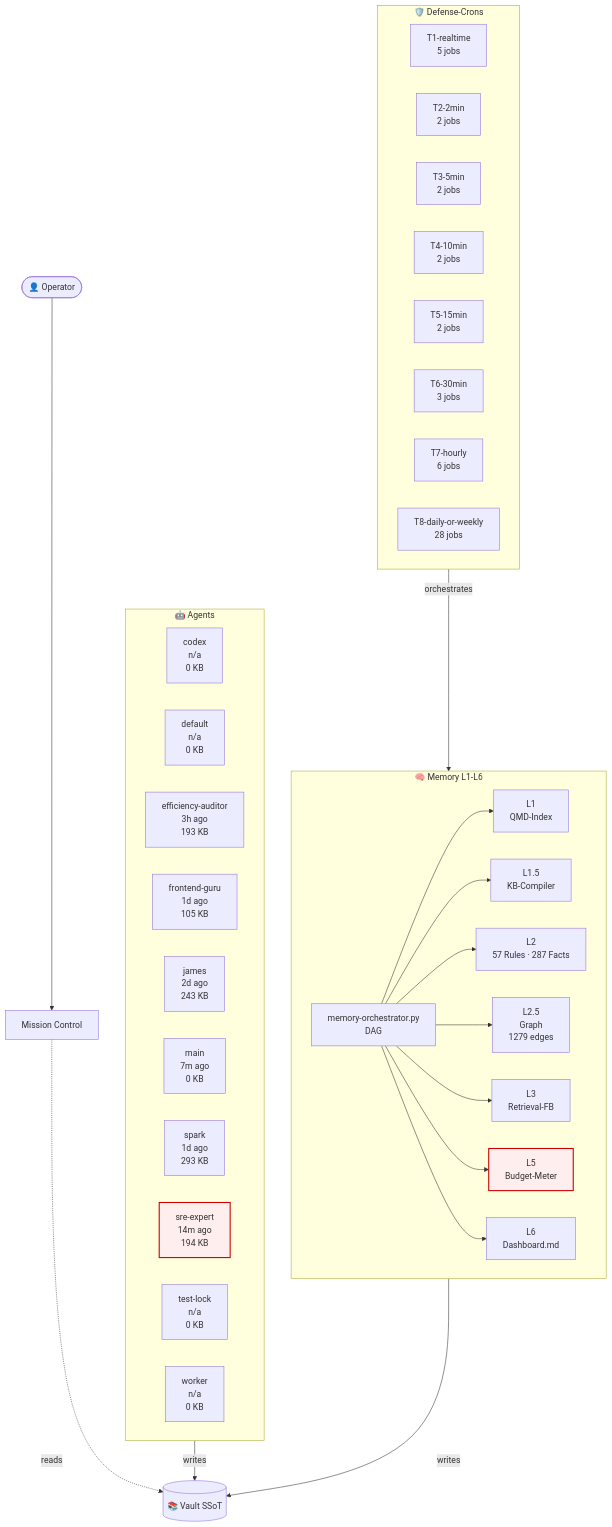
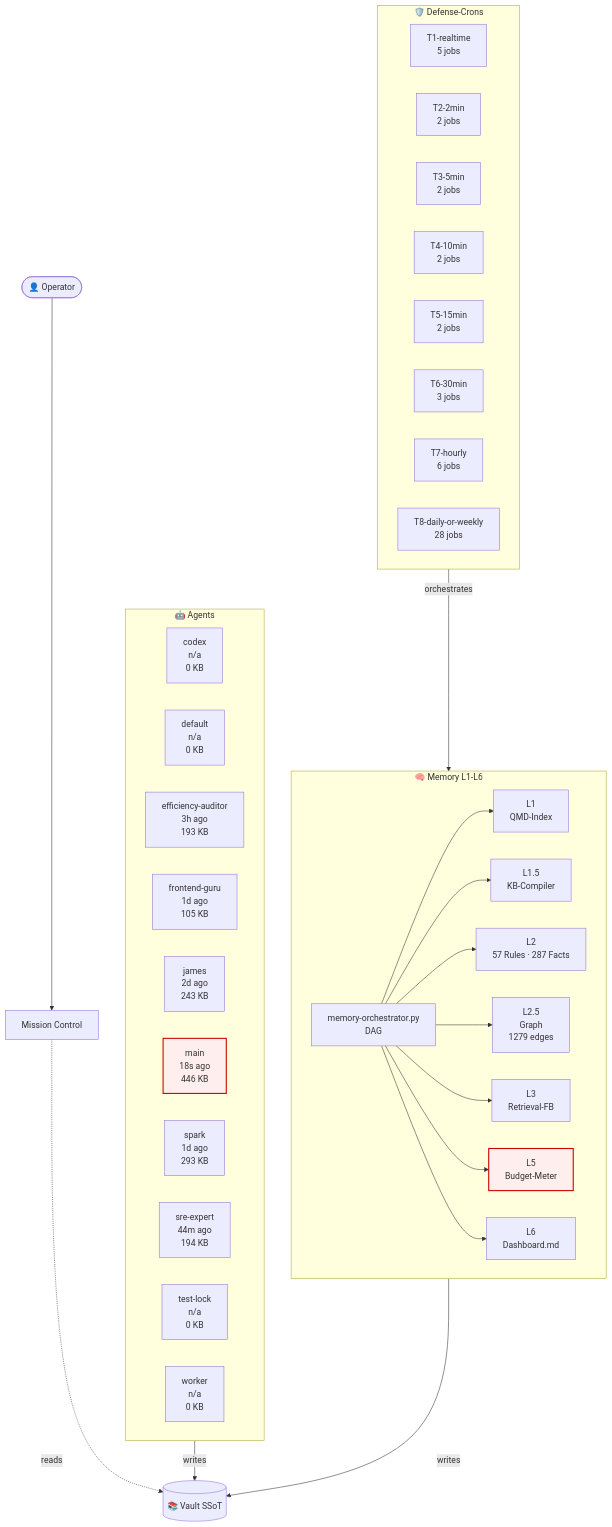
Before and after one commit to lenardhuebner88-rgb/openclaw-memory: the diagram in 03-Agents/architecture-live.md, drawn with Mermaid. The commit also changed other lines of this file and 5 other files, not shown here.

````diff
--- a/03-Agents/architecture-live.md
+++ b/03-Agents/architecture-live.md
@@ -18,53 +18,53 @@
 ```mermaid
 flowchart TB
     classDef critical fill:#fee,stroke:#c00,stroke-width:2px;
     subgraph AGT["🤖 Agents"]
         agent_codex["codex<br/>n/a<br/>0 KB"]
         agent_default["default<br/>n/a<br/>0 KB"]
         agent_efficiency_auditor["efficiency-auditor<br/>3h ago<br/>193 KB"]
         agent_frontend_guru["frontend-guru<br/>1d ago<br/>105 KB"]
         agent_james["james<br/>2d ago<br/>243 KB"]
-        agent_main["main<br/>7m ago<br/>0 KB"]
+        agent_main["main<br/>18s ago<br/>446 KB"]
         agent_spark["spark<br/>1d ago<br/>293 KB"]
-        agent_sre_expert["sre-expert<br/>14m ago<br/>194 KB"]
+        agent_sre_expert["sre-expert<br/>44m ago<br/>194 KB"]
         agent_test_lock["test-lock<br/>n/a<br/>0 KB"]
         agent_worker["worker<br/>n/a<br/>0 KB"]
     end
     subgraph MEM["🧠 Memory L1-L6"]
         L1["L1<br/>QMD-Index"]
         L15["L1.5<br/>KB-Compiler"]
         L2["L2<br/>57 Rules · 287 Facts"]
         L25["L2.5<br/>Graph<br/>1279 edges"]
         L3["L3<br/>Retrieval-FB"]
         L5["L5<br/>Budget-Meter"]
         L6["L6<br/>Dashboard.md"]
         ORCH["memory-orchestrator.py<br/>DAG"]
     end
     subgraph CRN["🛡️ Defense-Crons"]
         tier_T1_realtime["T1-realtime<br/>5 jobs"]
         tier_T2_2min["T2-2min<br/>2 jobs"]
         tier_T3_5min["T3-5min<br/>2 jobs"]
         tier_T4_10min["T4-10min<br/>2 jobs"]
         tier_T5_15min["T5-15min<br/>2 jobs"]
         tier_T6_30min["T6-30min<br/>3 jobs"]
         tier_T7_hourly["T7-hourly<br/>6 jobs"]
         tier_T8_daily_or_weekly["T8-daily-or-weekly<br/>28 jobs"]
     end
     VAULT[("📚 Vault SSoT")]
     OP([👤 Operator])
     MC["Mission Control"]
     OP --> MC
     MC -.reads.-> VAULT
     AGT -->|writes| VAULT
     MEM -->|writes| VAULT
     ORCH --> L1
     ORCH --> L15
     ORCH --> L2
     ORCH --> L25
     ORCH --> L3
     ORCH --> L5
     ORCH --> L6
     CRN -->|orchestrates| MEM
     class L5 critical
-    class agent_sre_expert critical
+    class agent_main critical
 ```
````
